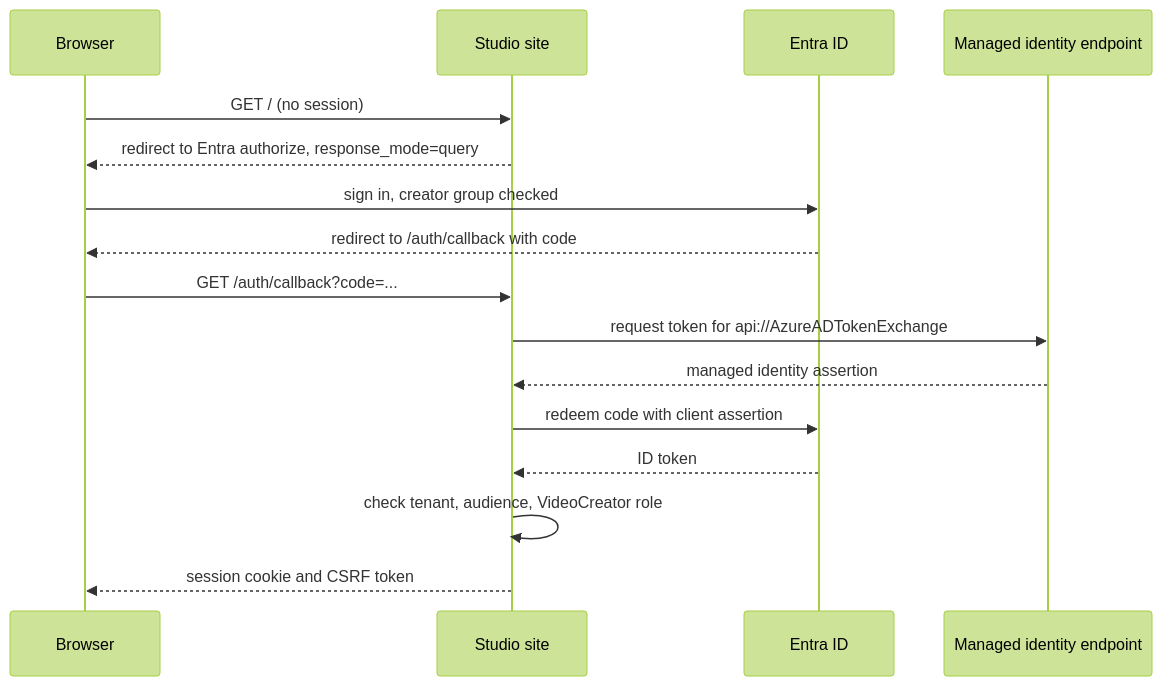
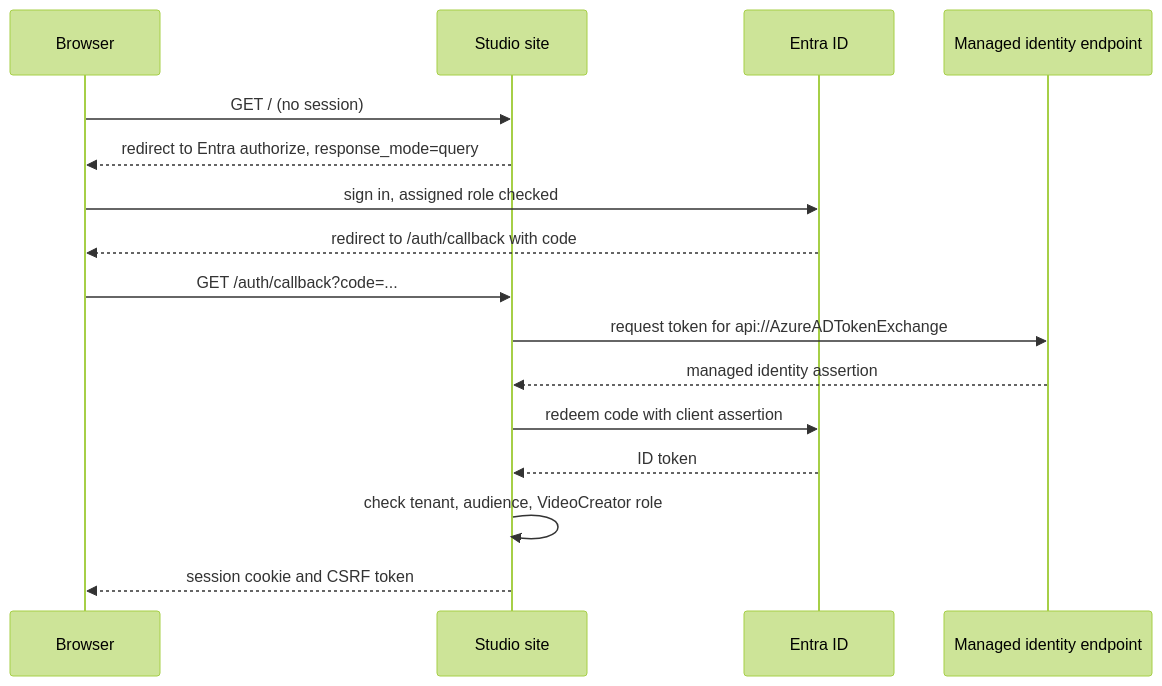
One commit to seiggy/wan-safety-studio changed the diagram in docs-site/deployment/architecture/identity-and-security.mdx. Above: the diagram before and after it, drawn with Mermaid (forest theme). The commit also changed other lines of this file and 233 other files, not shown here.

````diff
--- a/docs-site/deployment/architecture/identity-and-security.mdx
+++ b/docs-site/deployment/architecture/identity-and-security.mdx
@@ -142,18 +150,18 @@
 ```mermaid
 sequenceDiagram
   participant B as Browser
   participant S as Studio site
   participant E as Entra ID
   participant M as Managed identity endpoint
   B->>S: GET / (no session)
   S-->>B: redirect to Entra authorize, response_mode=query
-  B->>E: sign in, creator group checked
+  B->>E: sign in, assigned role checked
   E-->>B: redirect to /auth/callback with code
   B->>S: GET /auth/callback?code=...
   S->>M: request token for api://AzureADTokenExchange
   M-->>S: managed identity assertion
   S->>E: redeem code with client assertion
   E-->>S: ID token
   S->>S: check tenant, audience, VideoCreator role
   S-->>B: session cookie and CSRF token
 ```
````
